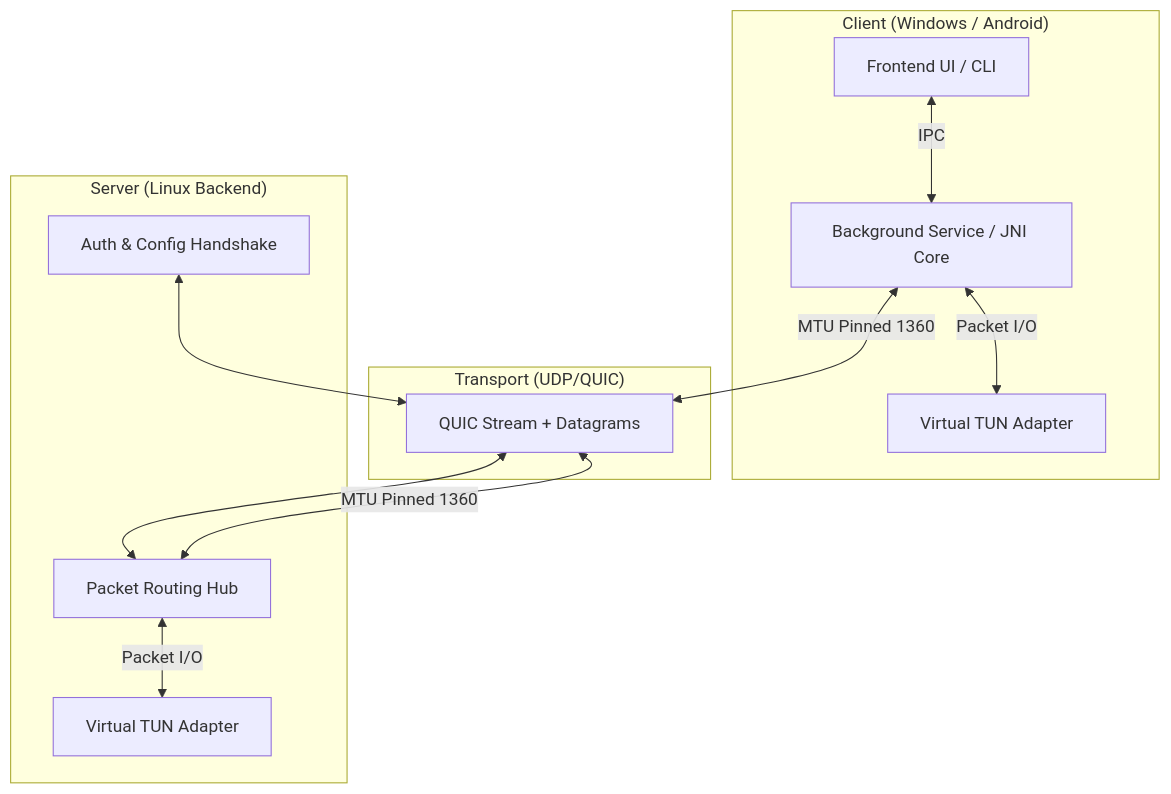
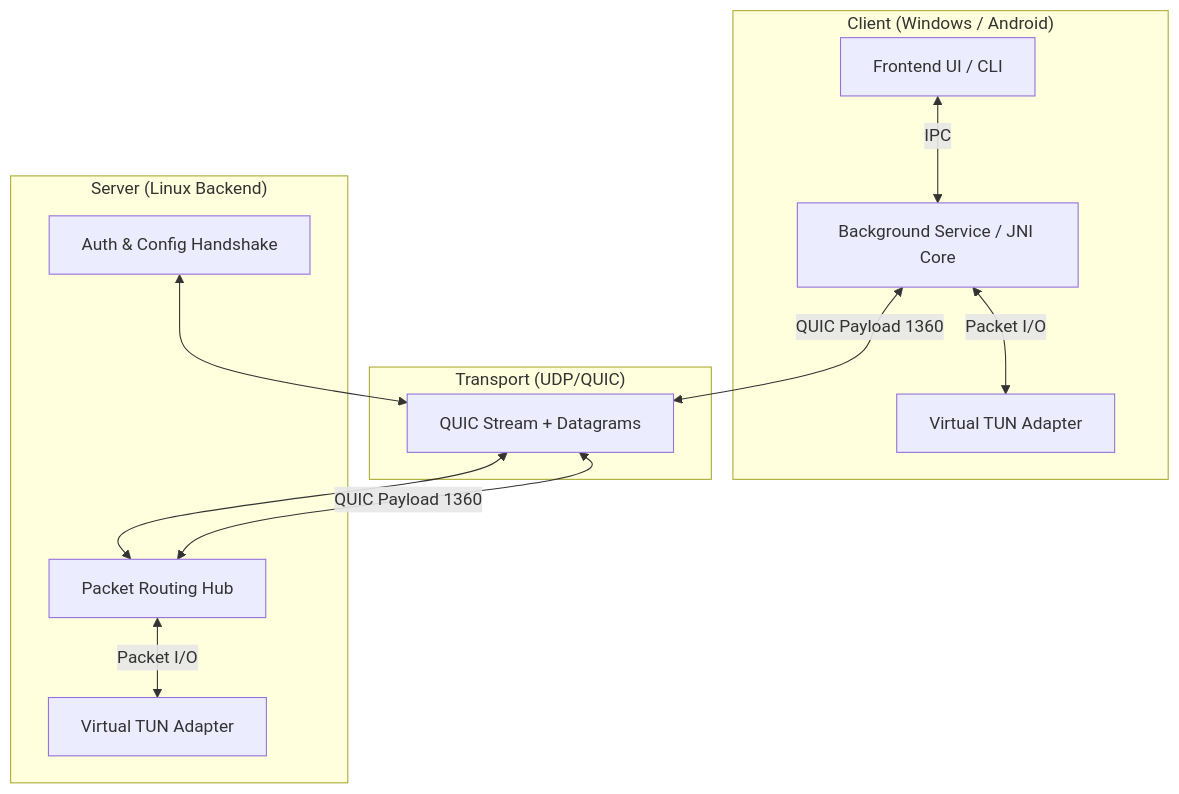
The diagram in README.md (zerox80/mavi-vpn), drawn with Mermaid before and after one commit. The commit also changed other lines of this file and 8 other files, not shown here.

Commit message:
MTU alignment (1360 payload) and Android performance optimizations (BBR + 4MB buffers)

````diff
--- a/README.md
+++ b/README.md
@@ -7,28 +7,28 @@
 ```mermaid
 graph TD
     subgraph "Client (Windows / Android)"
         UI[Frontend UI / CLI]
         SVC[Background Service / JNI Core]
         TUN_C[Virtual TUN Adapter]
         
         UI <-->|IPC| SVC
         SVC <-->|Packet I/O| TUN_C
     end
 
     subgraph "Transport (UDP/QUIC)"
         QUIC[QUIC Stream + Datagrams]
     end
 
     subgraph "Server (Linux Backend)"
         TUN_S[Virtual TUN Adapter]
         HUB[Packet Routing Hub]
         AUTH[Auth & Config Handshake]
         
         AUTH <--> QUIC
         HUB <--> QUIC
         HUB <-->|Packet I/O| TUN_S
     end
 
-    SVC <-->|MTU Pinned 1360| QUIC
-    QUIC <-->|MTU Pinned 1360| HUB
+    SVC <-->|QUIC Payload 1360| QUIC
+    QUIC <-->|QUIC Payload 1360| HUB
 ```
````
